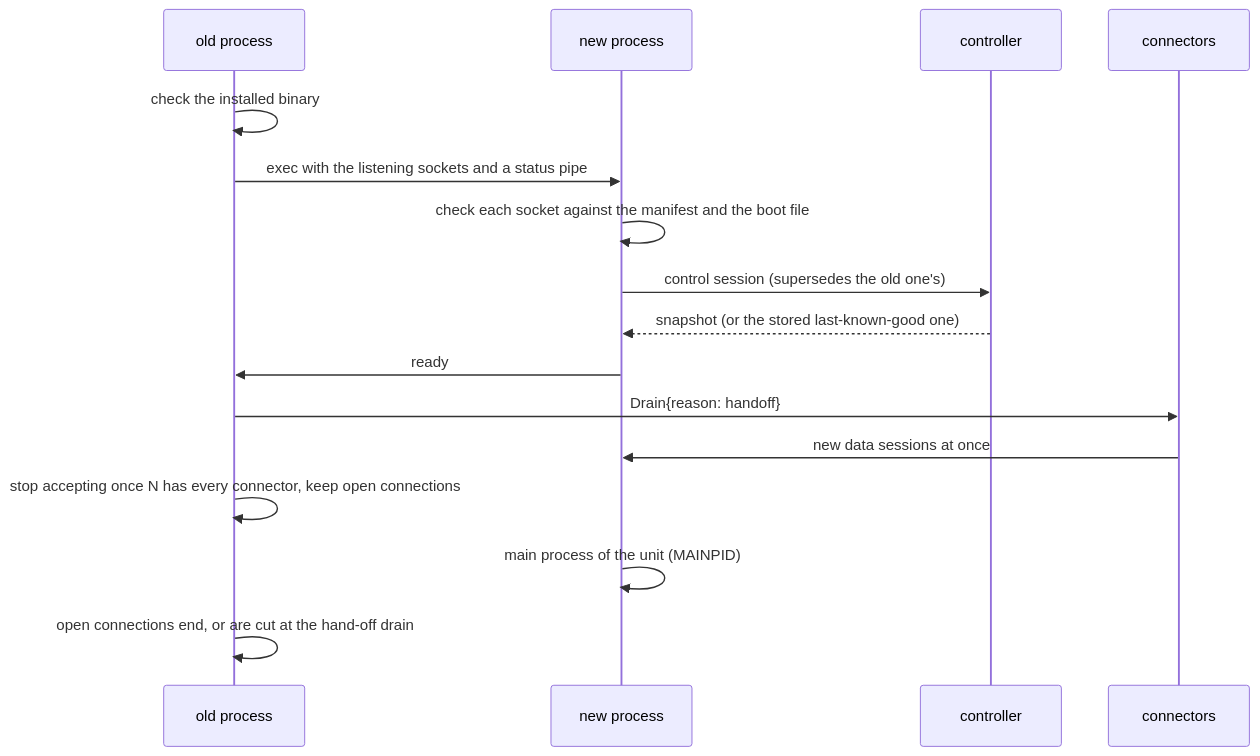
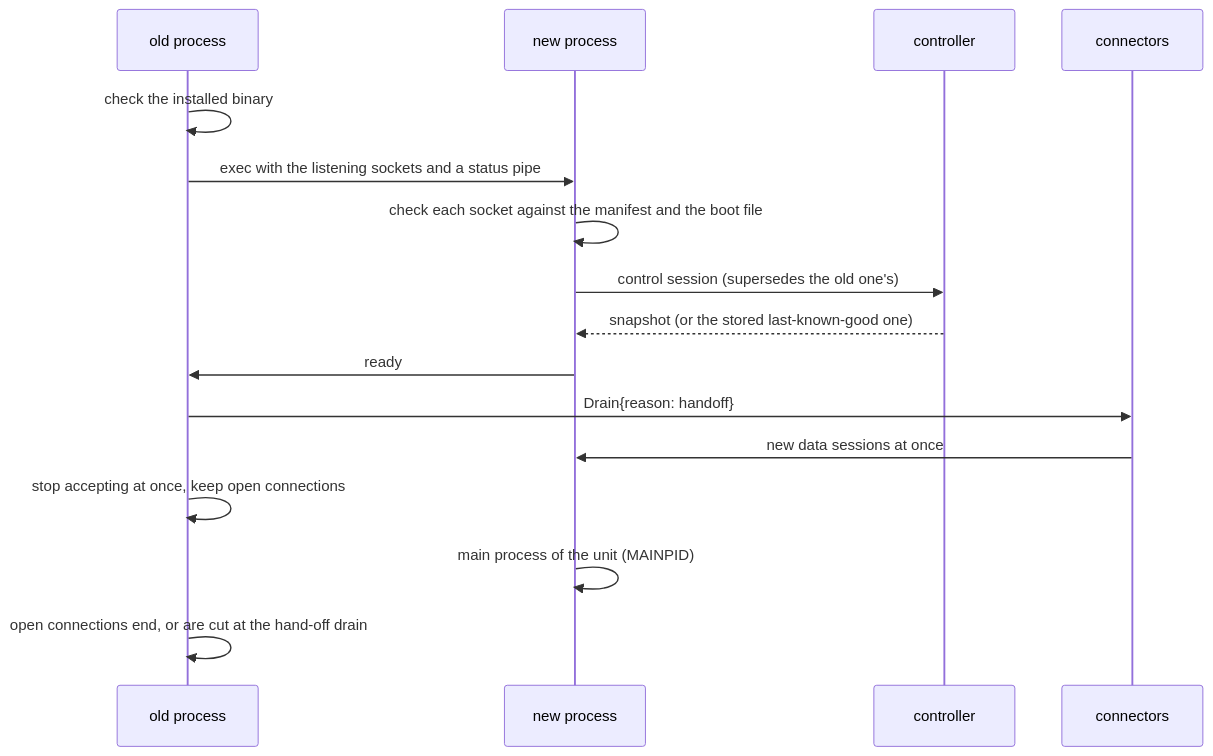
One commit to felix-homelab/rpmgr changed the eighth of 8 diagrams in docs/03-connections.md. Above: the diagram before and after it, drawn with Mermaid. The commit also changed other lines of this file and 7 other files, not shown here.

First line of the commit message:
fix(gateway): keep serving accepted connections after a hand-off switch

````diff
--- a/docs/03-connections.md
+++ b/docs/03-connections.md
@@ -1665,18 +1665,18 @@
 ```mermaid
 sequenceDiagram
   participant O as old process
   participant N as new process
   participant C as controller
   participant K as connectors
   O->>O: check the installed binary
   O->>N: exec with the listening sockets and a status pipe
   N->>N: check each socket against the manifest and the boot file
   N->>C: control session (supersedes the old one's)
   C-->>N: snapshot (or the stored last-known-good one)
   N->>O: ready
   O->>K: Drain{reason: handoff}
   K->>N: new data sessions at once
-  O->>O: stop accepting once N has every connector, keep open connections
+  O->>O: stop accepting at once, keep open connections
   N->>N: main process of the unit (MAINPID)
   O->>O: open connections end, or are cut at the hand-off drain
 ```
````
